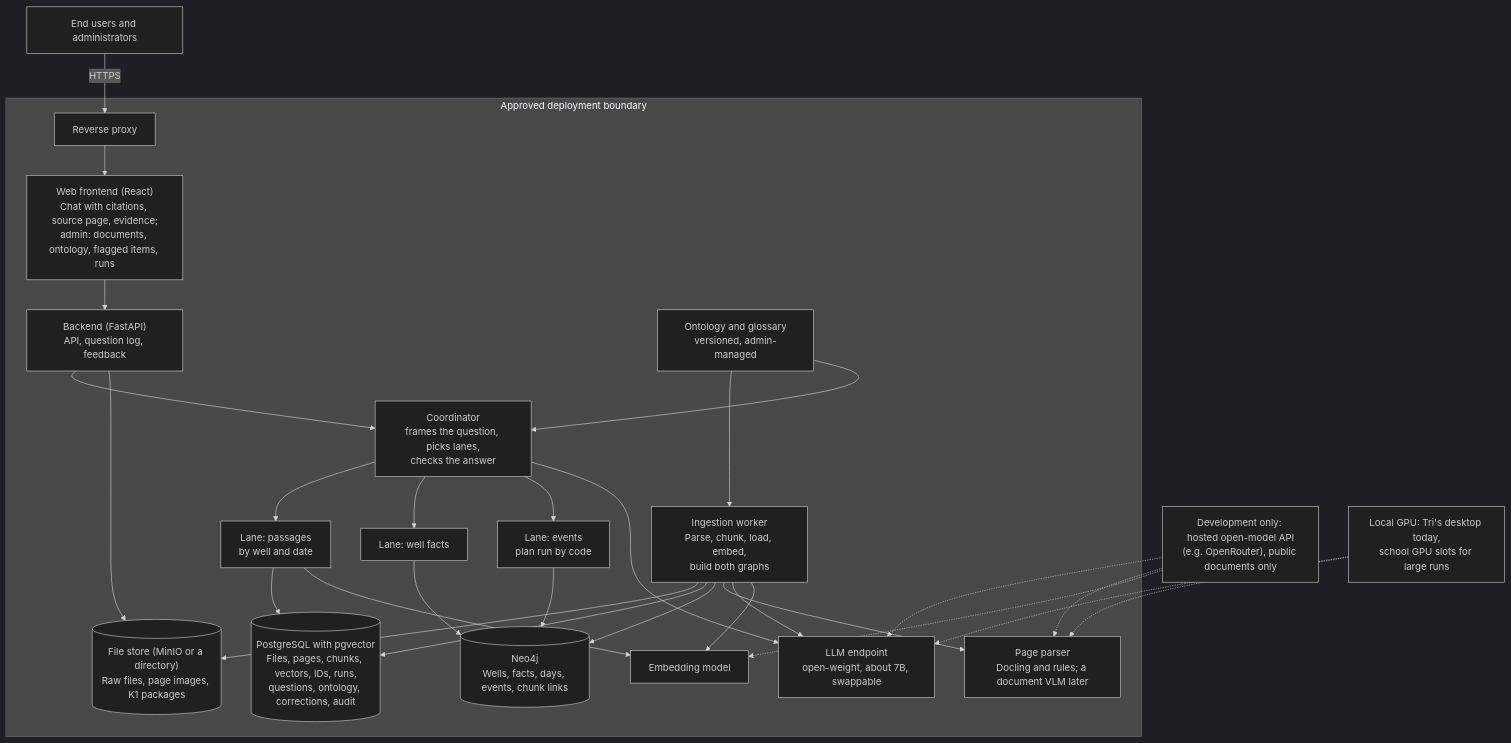
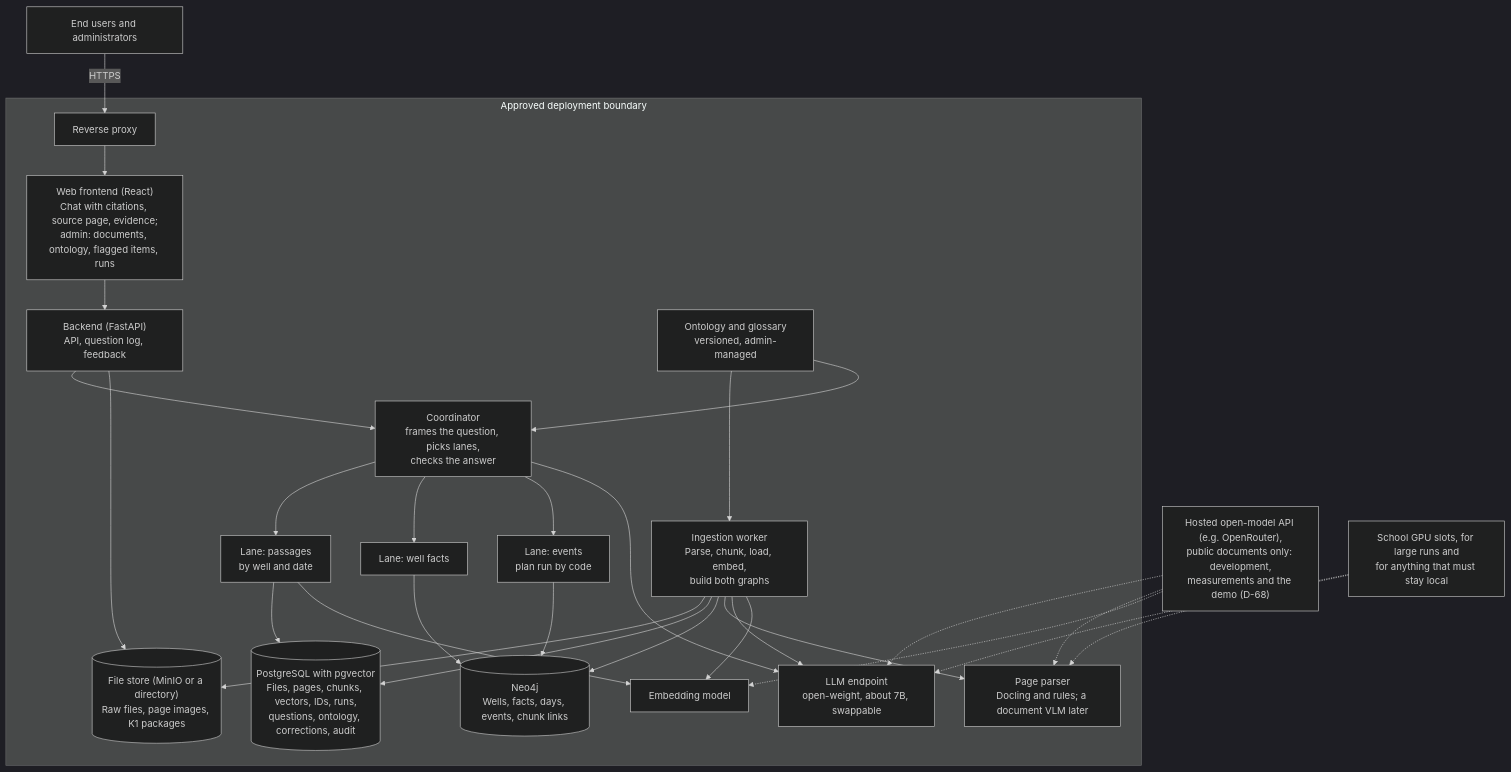
One commit to thaitri2005/Secure-O-G-LLM-and-Knowledge-Graph changed the third of 10 diagrams in docs/PROJECT_DESIGN.md. Above: the diagram before and after it, drawn with Mermaid (dark theme). The commit also changed other lines of this file and 18 other files, not shown here.

Commit message:
Documents brought up to date: the second build as built, no GPU of our own so measurements move to a hosted model (D-68, B-D43), notes to Khai and Hung, stint report

````diff
--- a/docs/PROJECT_DESIGN.md
+++ b/docs/PROJECT_DESIGN.md
@@ -364,25 +365,25 @@
 ```mermaid
 flowchart TB
     U["End users and administrators"] -->|HTTPS| G["Reverse proxy"]
     subgraph Z["Approved deployment boundary"]
         G --> UI["Web frontend (React)<br/>Chat with citations, source page, evidence;<br/>admin: documents, ontology, flagged items, runs"]
         UI --> API["Backend (FastAPI)<br/>API, question log, feedback"]
         API --> CO["Coordinator<br/>frames the question, picks lanes,<br/>checks the answer"]
         CO --> L1["Lane: passages<br/>by well and date"]
         CO --> L2["Lane: well facts"]
         CO --> L3["Lane: events<br/>plan run by code"]
         L1 --> PG[("PostgreSQL with pgvector<br/>Files, pages, chunks, vectors, IDs, runs,<br/>questions, ontology, corrections, audit")]
         L2 --> NG[("Neo4j<br/>Wells, facts, days, events, chunk links")]
         L3 --> NG
         API --> OBJ[("File store (MinIO or a directory)<br/>Raw files, page images, K1 packages")]
         W["Ingestion worker<br/>Parse, chunk, load, embed,<br/>build both graphs"] --> OBJ & PG & NG
         W --> VLM["Page parser<br/>Docling and rules; a document VLM later"]
         W --> LM["LLM endpoint<br/>open-weight, about 7B, swappable"]
         W --> EMB["Embedding model"]
         CO --> LM
         L1 --> EMB
         ONT["Ontology and glossary<br/>versioned, admin-managed"] --> W & CO
     end
-    DEV["Development only: hosted open-model API<br/>(e.g. OpenRouter), public documents only"] -.-> LM & VLM & EMB
-    GPU["Local GPU: Tri's desktop today,<br/>school GPU slots for large runs"] -.-> LM & VLM
+    DEV["Hosted open-model API (e.g. OpenRouter),<br/>public documents only: development,<br/>measurements and the demo (D-68)"] -.-> LM & VLM & EMB
+    GPU["School GPU slots, for large runs and<br/>for anything that must stay local"] -.-> LM & VLM
 ```
````
